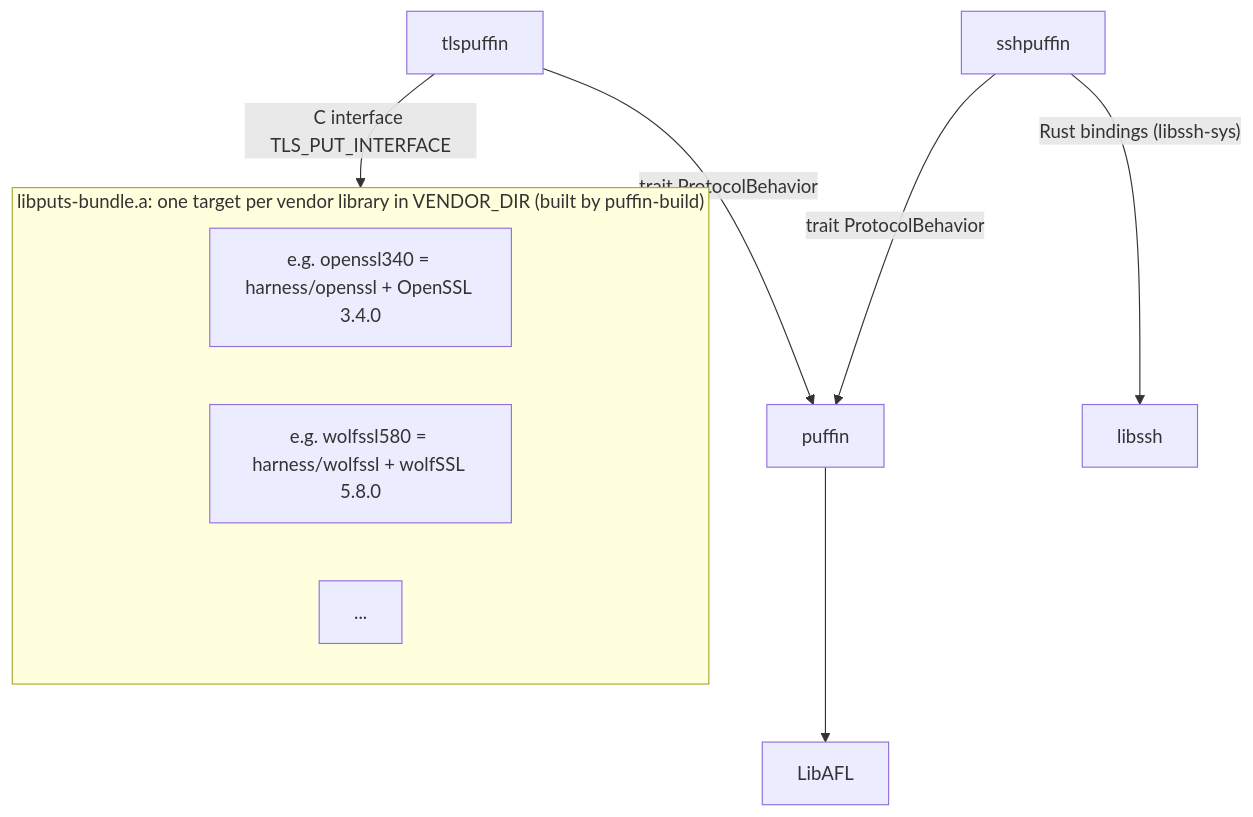
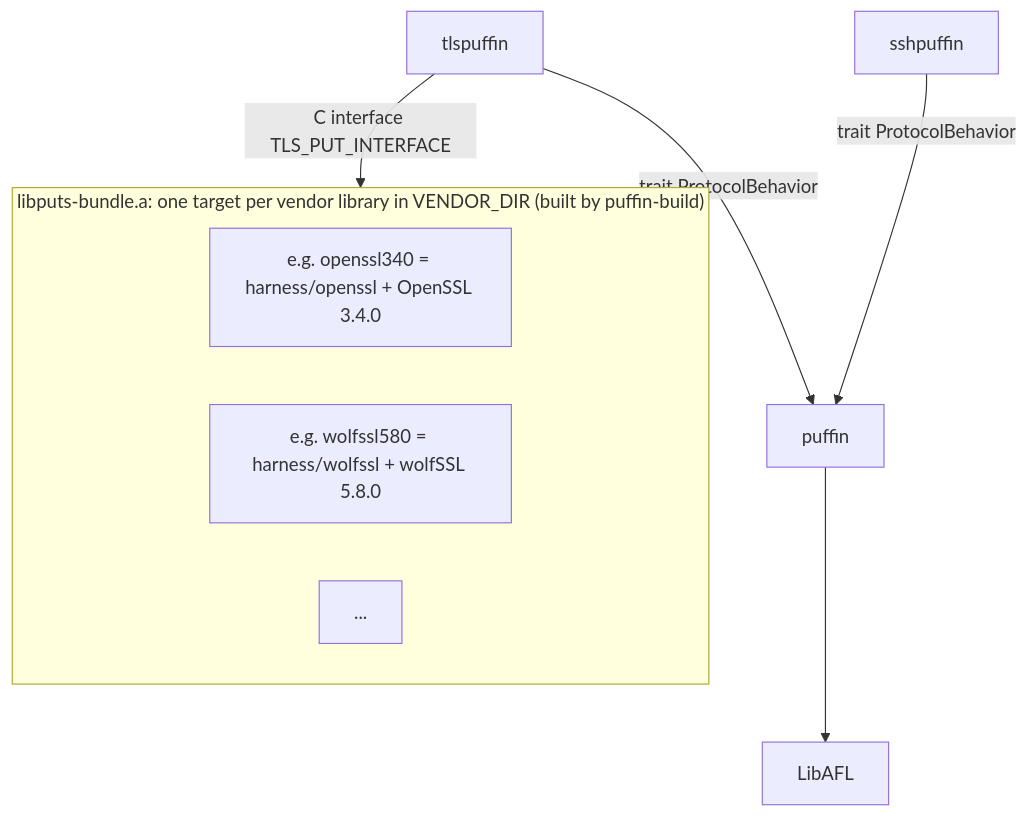
The diagram in docs/docs/developer/overview.md (tlspuffin/tlspuffin), drawn with Mermaid before and after one commit. The commit also changed 25 other files, not shown here.

````diff
--- a/docs/docs/developer/overview.md
+++ b/docs/docs/developer/overview.md
@@ -18,16 +18,15 @@
 ```mermaid
 graph TD;
     tlspuffin-- trait ProtocolBehavior -->puffin;
     sshpuffin-- trait ProtocolBehavior -->puffin;
 
     puffin-->LibAFL;
 
     tlspuffin-- "C interface TLS_PUT_INTERFACE" -->bundle;
-    sshpuffin-- "Rust bindings (libssh-sys)" -->libssh;
 
     subgraph bundle ["libputs-bundle.a: one target per vendor library in VENDOR_DIR (built by puffin-build)"]
         P1["e.g. openssl340 = harness/openssl + OpenSSL 3.4.0"];
         P2["e.g. wolfssl580 = harness/wolfssl + wolfSSL 5.8.0"];
         P3["..."];
     end
 ```
````
